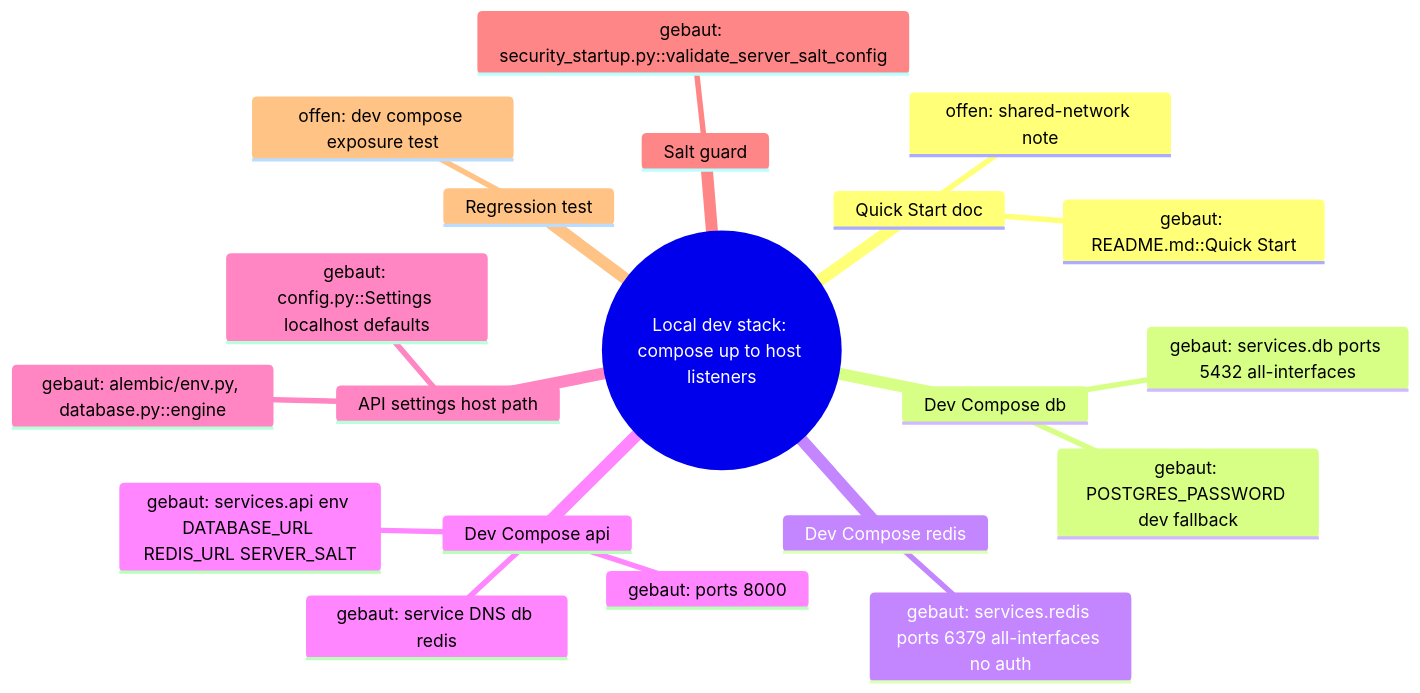
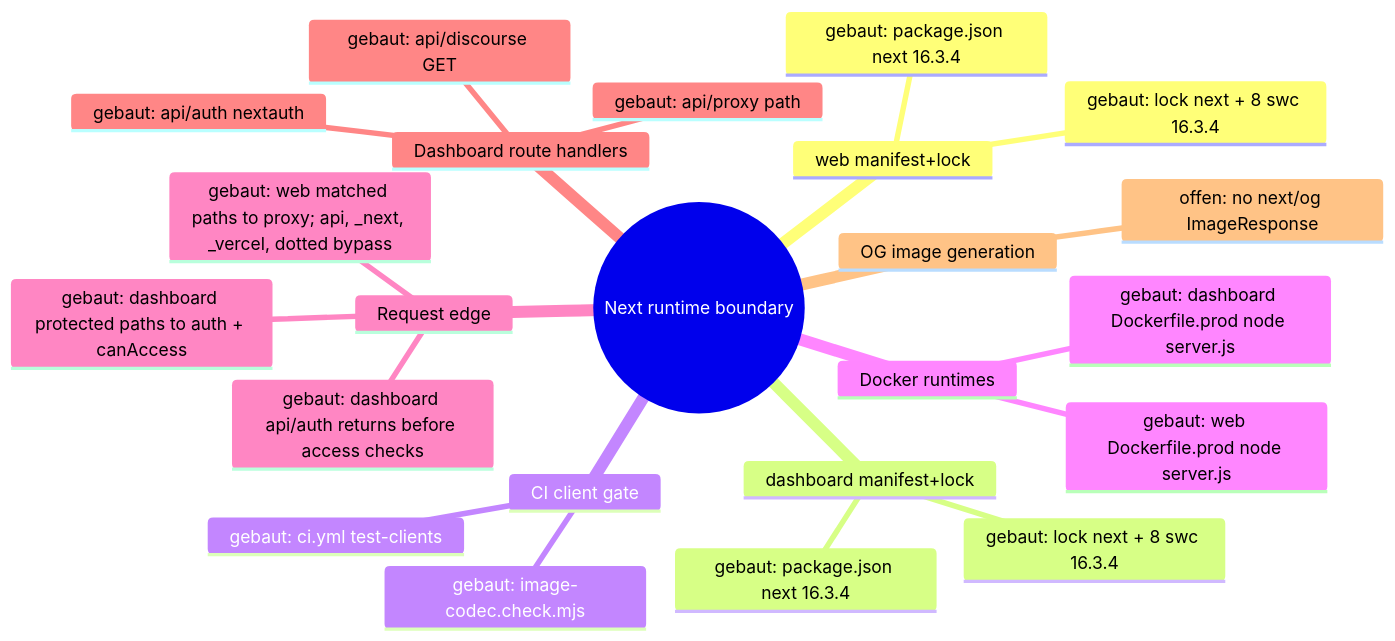
The diagram in docs/architecture/MAP.md (NeaBouli/pnyx), drawn with Mermaid before and after one commit. The commit also changed other lines of this file and 16 other files, not shown here.

````diff
--- a/docs/architecture/MAP.md
+++ b/docs/architecture/MAP.md
@@ -98,23 +86,26 @@
 ```mermaid
 mindmap
-  root((Local dev stack: compose up to host listeners))
-    Quick Start doc
-      gebaut: README.md::Quick Start
-      offen: shared-network note
-    Dev Compose db
-      gebaut: services.db ports 5432 all-interfaces
-      gebaut: POSTGRES_PASSWORD dev fallback
-    Dev Compose redis
-      gebaut: services.redis ports 6379 all-interfaces no auth
-    Dev Compose api
-      gebaut: services.api env DATABASE_URL REDIS_URL SERVER_SALT
-      gebaut: service DNS db redis
-      gebaut: ports 8000
-    API settings host path
-      gebaut: config.py::Settings localhost defaults
-      gebaut: alembic/env.py, database.py::engine
-    Salt guard
-      gebaut: security_startup.py::validate_server_salt_config
-    Regression test
-      offen: dev compose exposure test
+  root((Next runtime boundary))
+    web manifest+lock
+      gebaut: package.json next 16.3.4
+      gebaut: lock next + 8 swc 16.3.4
+    dashboard manifest+lock
+      gebaut: package.json next 16.3.4
+      gebaut: lock next + 8 swc 16.3.4
+    CI client gate
+      gebaut: ci.yml test-clients
+      gebaut: image-codec.check.mjs
+    Docker runtimes
+      gebaut: web Dockerfile.prod node server.js
+      gebaut: dashboard Dockerfile.prod node server.js
+    Request edge
+      gebaut: web matched paths to proxy; api, _next, _vercel, dotted bypass
+      gebaut: dashboard protected paths to auth + canAccess
+      gebaut: dashboard api/auth returns before access checks
+    Dashboard route handlers
+      gebaut: api/auth nextauth
+      gebaut: api/discourse GET
+      gebaut: api/proxy path
+    OG image generation
+      offen: no next/og ImageResponse
 ```
````
